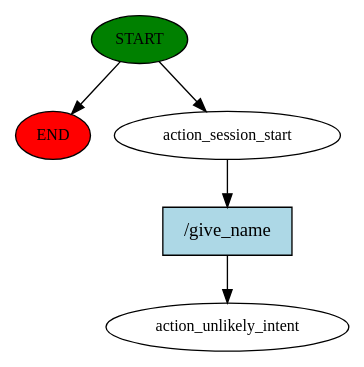
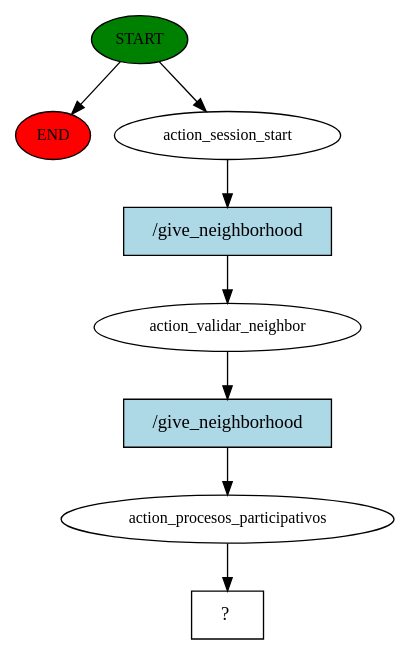
Before and after one commit to victor1404/TFG-VICTOR: the diagram in story_graph.dot, drawn with Graphviz. The commit also changed 30 other files, not shown here.

```diff
--- a/story_graph.dot
+++ b/story_graph.dot
@@ -1,11 +1,17 @@
 digraph  {
 0 [class="start active", fillcolor=green, fontsize=12, label=START, style=filled];
 "-1" [class=end, fillcolor=red, fontsize=12, label=END, style=filled];
 1 [class=active, fontsize=12, label=action_session_start];
-2 [class="dashed active", fontsize=12, label=action_unlikely_intent];
-3 [class="intent active", fillcolor=lightblue, label="/give_name", shape=rect, style=filled];
+2 [class=active, fontsize=12, label=action_validar_neighbor];
+3 [class=active, fontsize=12, label=action_procesos_participativos];
+4 [class="intent dashed active", label="  ?  ", shape=rect];
+5 [class="intent active", fillcolor=lightblue, label="/give_neighborhood", shape=rect, style=filled];
+6 [class="intent active", fillcolor=lightblue, label="/give_neighborhood", shape=rect, style=filled];
 0 -> "-1"  [class="", key=NONE, label=""];
 0 -> 1  [class=active, key=NONE, label=""];
-1 -> 3  [class=active, key=0];
-3 -> 2  [class=active, key=0];
+1 -> 5  [class=active, key=0];
+2 -> 6  [class=active, key=0];
+3 -> 4  [class=active, key=NONE, label=""];
+5 -> 2  [class=active, key=0];
+6 -> 3  [class=active, key=0];
 }
```
